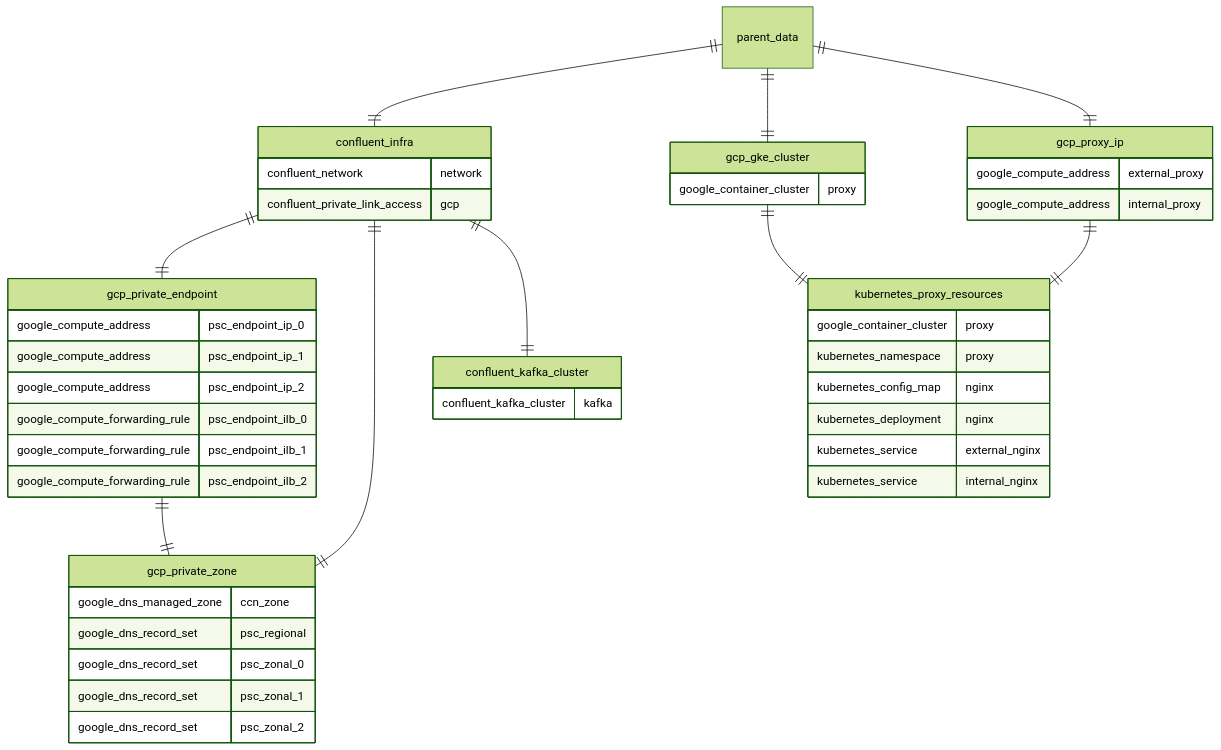
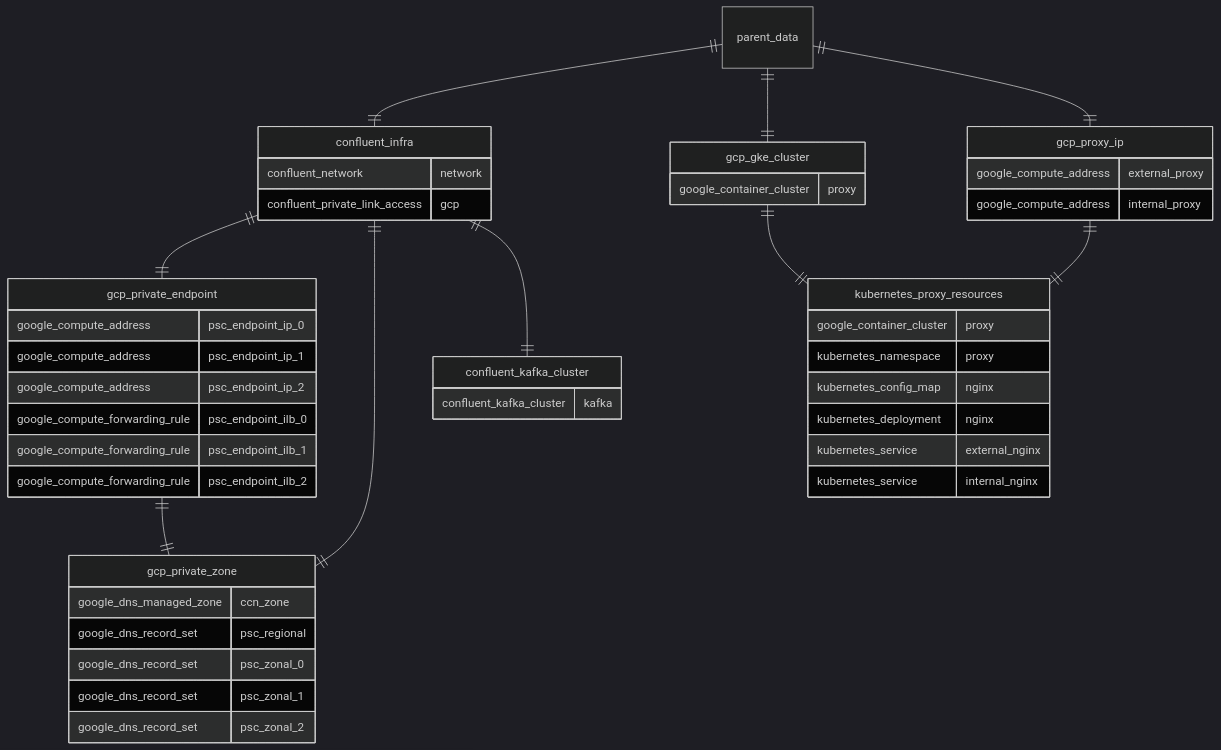
Before and after one commit to justinrlee/terraform-templates: the diagram in cloud-networking/gcp-psc/region_template/README.md, drawn with Mermaid.

````diff
--- a/cloud-networking/gcp-psc/region_template/README.md
+++ b/cloud-networking/gcp-psc/region_template/README.md
@@ -44,58 +44,58 @@
 ```mermaid
-%%{init: {"theme": "forest", "logLevel": 1 }}%%
+%%{init: {"theme": "dark", "logLevel": 1 }}%%
 erDiagram
     parent_data ||--|| confluent_infra: ""
     parent_data ||--|| gcp_gke_cluster: ""
     parent_data ||--|| gcp_proxy_ip: ""
     confluent_infra ||--|| gcp_private_endpoint: ""
     confluent_infra ||--|| gcp_private_zone: ""
     confluent_infra ||--|| confluent_kafka_cluster: ""
     gcp_gke_cluster ||--|| kubernetes_proxy_resources: ""
     gcp_private_endpoint ||--|| gcp_private_zone: ""
     gcp_proxy_ip ||--|| kubernetes_proxy_resources: ""
 
     confluent_infra {
       confluent_network network
       confluent_private_link_access gcp
     }
 
     confluent_kafka_cluster {
       confluent_kafka_cluster kafka
     }
 
     gcp_gke_cluster {
       google_container_cluster proxy
     }
 
     gcp_private_endpoint {
       google_compute_address psc_endpoint_ip_0
       google_compute_address psc_endpoint_ip_1
       google_compute_address psc_endpoint_ip_2
       google_compute_forwarding_rule psc_endpoint_ilb_0
       google_compute_forwarding_rule psc_endpoint_ilb_1
       google_compute_forwarding_rule psc_endpoint_ilb_2
     }
 
     gcp_proxy_ip {
       google_compute_address external_proxy
       google_compute_address internal_proxy
     }
 
     gcp_private_zone {
       google_dns_managed_zone ccn_zone
       google_dns_record_set psc_regional
       google_dns_record_set psc_zonal_0
       google_dns_record_set psc_zonal_1
       google_dns_record_set psc_zonal_2
     }
     kubernetes_proxy_resources {
       google_container_cluster proxy
       kubernetes_namespace proxy
       kubernetes_config_map nginx
       kubernetes_deployment nginx
       kubernetes_service external_nginx
       kubernetes_service internal_nginx
     }
 
 
 ```
````
